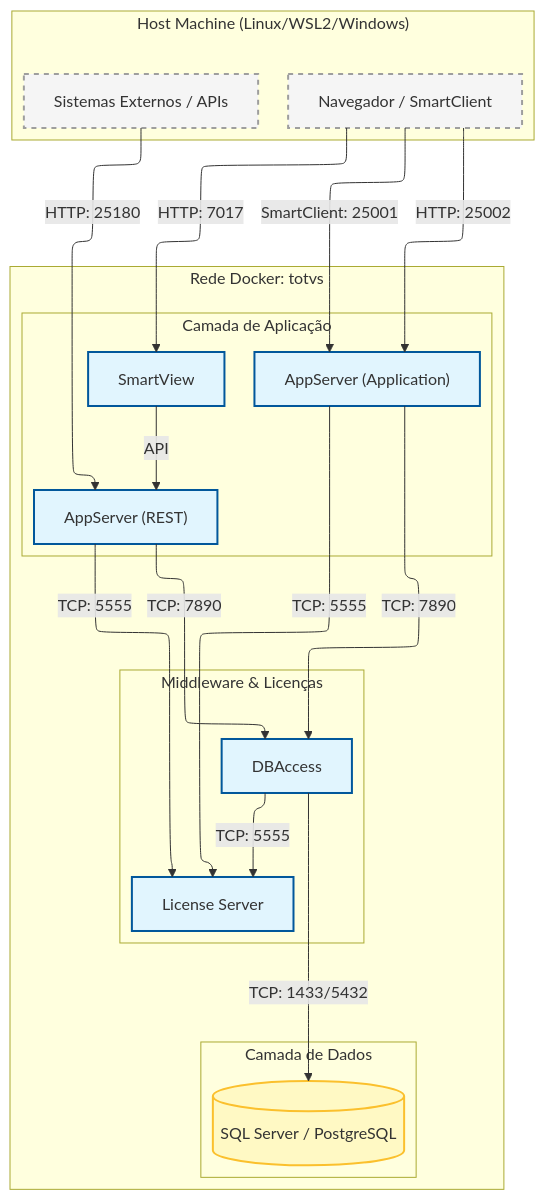
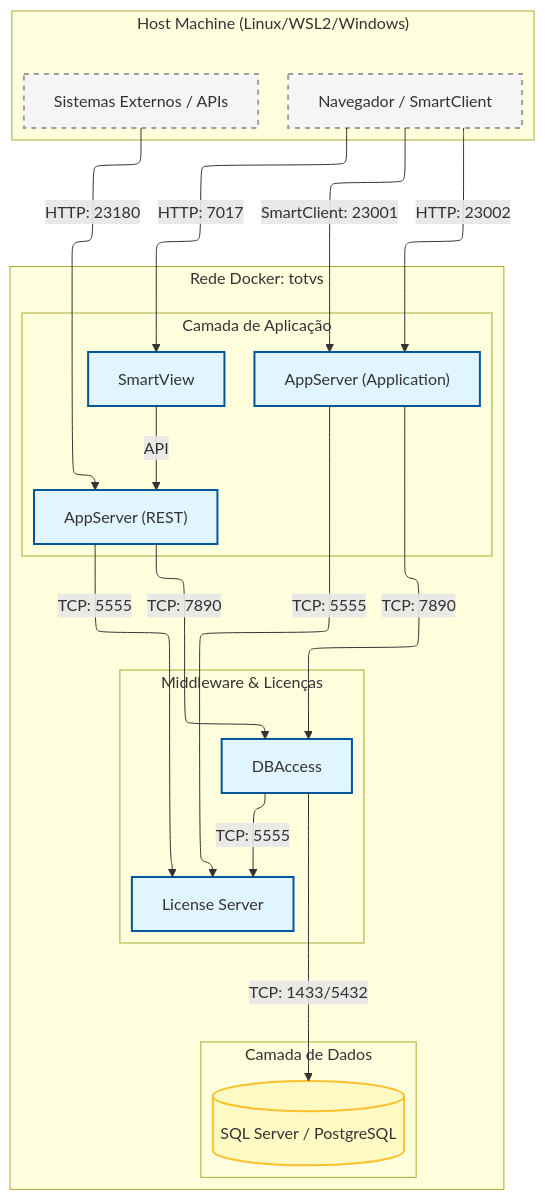
Before and after one commit to juliansantosinfo/TOTVS-Protheus-in-Docker: the diagram in README.md, drawn with Mermaid. The commit also changed other lines of this file, not shown here.

First line of the commit message:
docs: add architecture diagram and improve text in README

````diff
--- a/README.md
+++ b/README.md
@@ -48,51 +48,51 @@
 ```mermaid
 ---
 config:
   layout: elk
 ---
 flowchart TB
  subgraph Host["Host Machine (Linux/WSL2/Windows)"]
         Browser["Navegador / SmartClient"]
         ExternalAPI["Sistemas Externos / APIs"]
   end
  subgraph Databases["Camada de Dados"]
         DB[("SQL Server / PostgreSQL")]
   end
  subgraph Middleware["Middleware & Licenças"]
         DBA["DBAccess"]
         LIC["License Server"]
   end
  subgraph Application["Camada de Aplicação"]
         APP["AppServer (Application)"]
         REST["AppServer (REST)"]
         SmartView["SmartView"]
   end
  subgraph DockerNetwork["Rede Docker: totvs"]
         Databases
         Middleware
         Application
   end
-    Browser -- HTTP: 25002 --> APP
-    Browser -- SmartClient: 25001 --> APP
+    Browser -- HTTP: 23002 --> APP
+    Browser -- SmartClient: 23001 --> APP
     Browser -- HTTP: 7017 --> SmartView
-    ExternalAPI -- HTTP: 25180 --> REST
+    ExternalAPI -- HTTP: 23180 --> REST
     APP -- TCP: 7890 --> DBA
     REST -- TCP: 7890 --> DBA
     SmartView -- API --> REST
     APP -- TCP: 5555 --> LIC
     REST -- TCP: 5555 --> LIC
     DBA -- TCP: 5555 --> LIC
     DBA -- TCP: 1433/5432 --> DB
 
      Browser:::host
      ExternalAPI:::host
      DB:::db
      DBA:::container
      LIC:::container
      APP:::container
      REST:::container
      SmartView:::container
     classDef container fill:#e1f5fe,stroke:#01579b,stroke-width:2px
     classDef db fill:#fff9c4,stroke:#fbc02d,stroke-width:2px
     classDef host fill:#f5f5f5,stroke:#9e9e9e,stroke-width:2px,stroke-dasharray: 5 5
 ```
````
